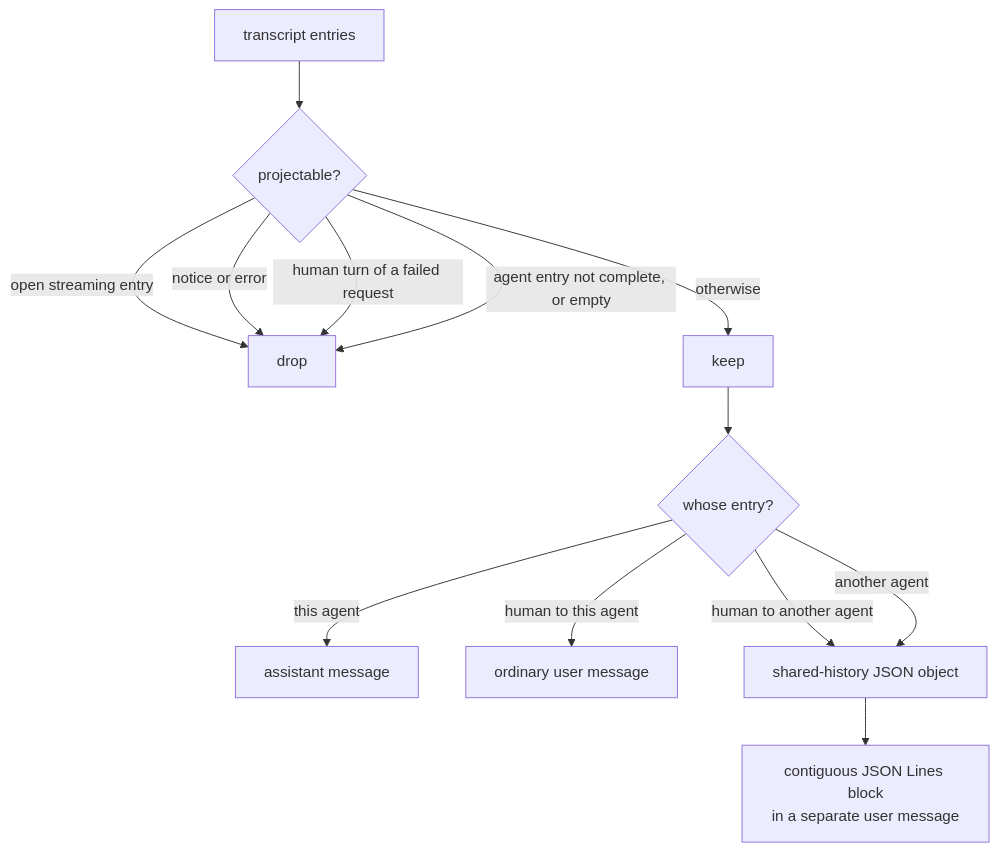
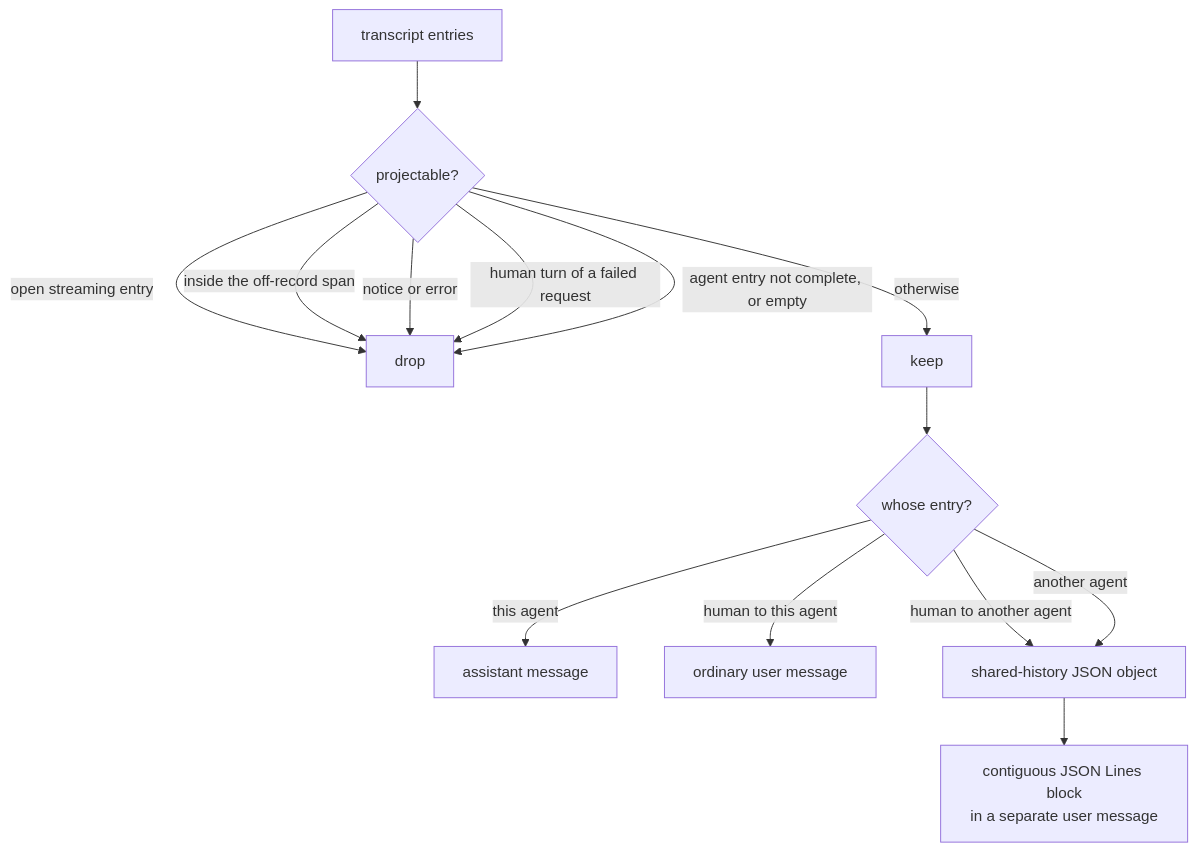
The fourth of 4 diagrams in src/agents/README.md (michaelpopov/cha), drawn with Mermaid before and after one commit. The commit also changed other lines of this file and 29 other files, not shown here.

````diff
--- a/src/agents/README.md
+++ b/src/agents/README.md
@@ -210,15 +210,16 @@
 ```mermaid
 flowchart TD
     E["transcript entries"] --> F{"projectable?"}
     F -->|"open streaming entry"| D["drop"]
+    F -->|"inside the off-record span"| D
     F -->|"notice or error"| D
     F -->|"human turn of a failed request"| D
     F -->|"agent entry not complete, or empty"| D
     F -->|"otherwise"| K["keep"]
     K --> W{"whose entry?"}
     W -->|"this agent"| A["assistant message"]
     W -->|"human to this agent"| U["ordinary user message"]
     W -->|"human to another agent"| J["shared-history JSON object"]
     W -->|"another agent"| J
     J --> B["contiguous JSON Lines block<br/>in a separate user message"]
 ```
````
